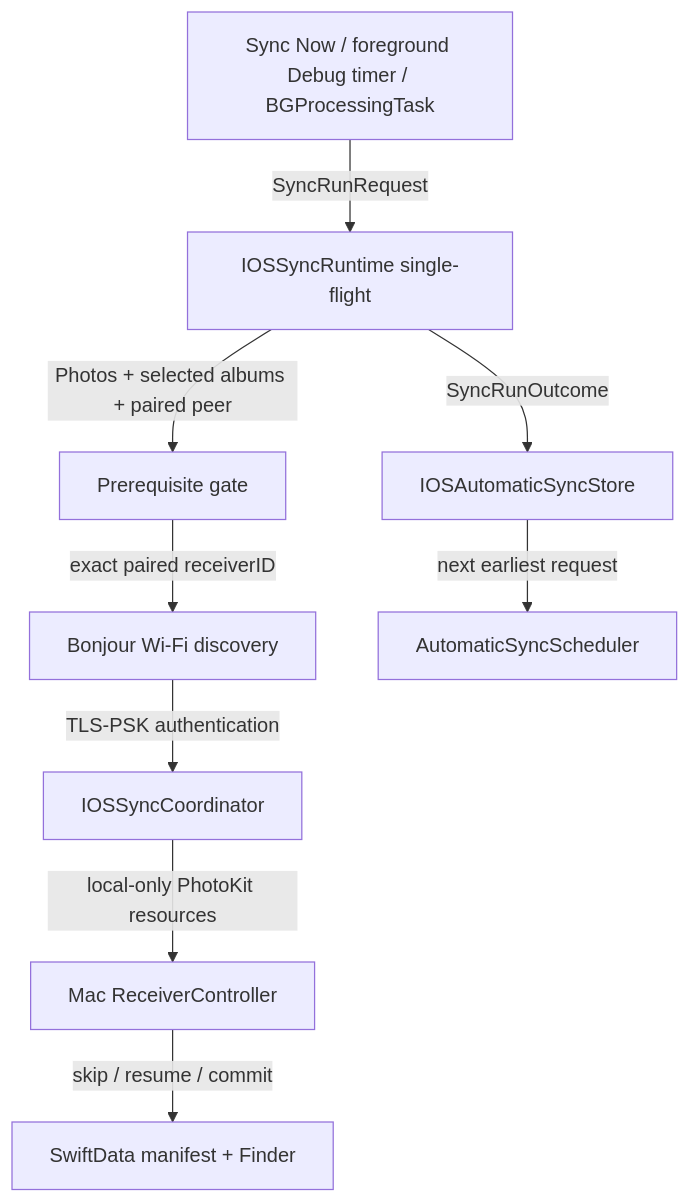
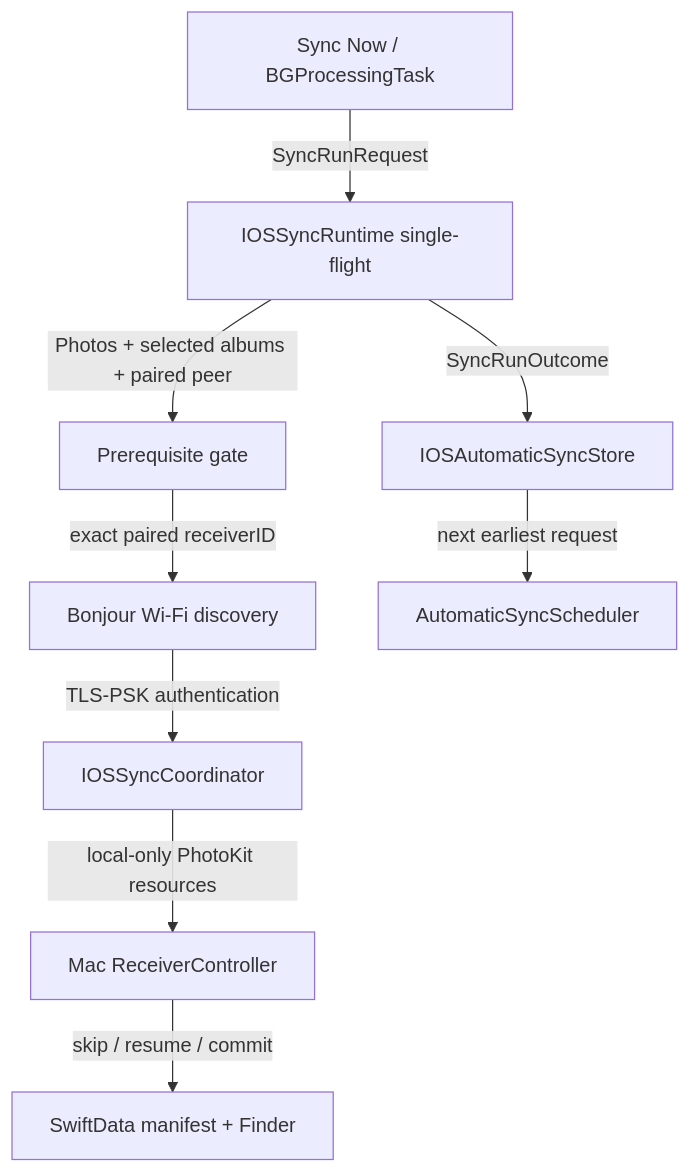
One commit to BizShuk/iphone_sync changed the diagram in docs/specs/2026-07-23-automatic-lan-sync.md. Above: the diagram before and after it, drawn with Mermaid. The commit also changed other lines of this file and 24 other files, not shown here.

````diff
--- a/docs/specs/2026-07-23-automatic-lan-sync.md
+++ b/docs/specs/2026-07-23-automatic-lan-sync.md
@@ -53,11 +50,11 @@
 ```mermaid
 flowchart TD
-    A["Sync Now / foreground Debug timer / BGProcessingTask"] -->|"SyncRunRequest"| B["IOSSyncRuntime single-flight"]
+    A["Sync Now / BGProcessingTask"] -->|"SyncRunRequest"| B["IOSSyncRuntime single-flight"]
     B -->|"Photos + selected albums + paired peer"| C["Prerequisite gate"]
     C -->|"exact paired receiverID"| D["Bonjour Wi-Fi discovery"]
     D -->|"TLS-PSK authentication"| E["IOSSyncCoordinator"]
     E -->|"local-only PhotoKit resources"| F["Mac ReceiverController"]
     F -->|"skip / resume / commit"| G["SwiftData manifest + Finder"]
     B -->|"SyncRunOutcome"| H["IOSAutomaticSyncStore"]
     H -->|"next earliest request"| I["AutomaticSyncScheduler"]
 ```
````
